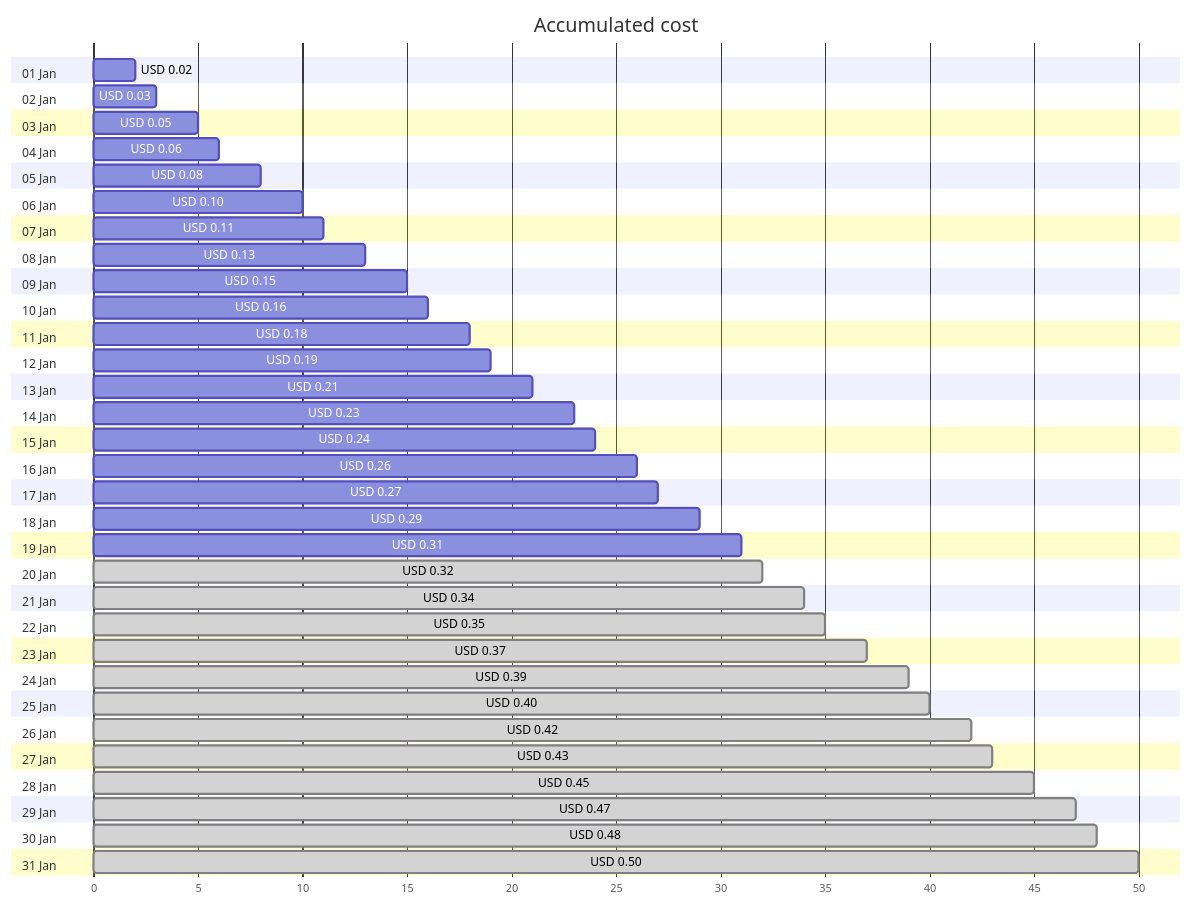
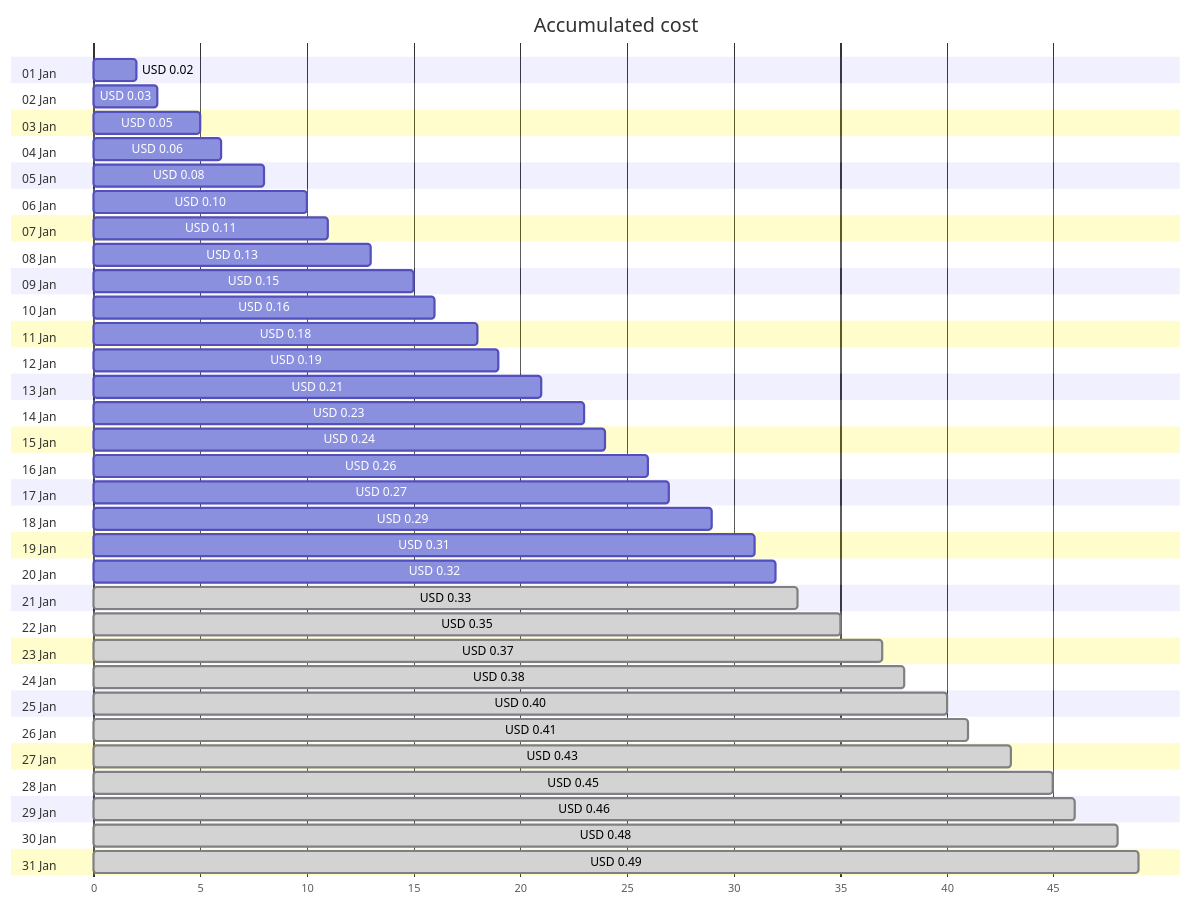
The first of 4 diagrams in cost-reports/personal-network/private.jpatrickfulton.com.md (jpfulton/azure-personal-reports), drawn with Mermaid before and after one commit. The commit also changed other lines of this file and 8 other files, not shown here.

````diff
--- a/cost-reports/personal-network/private.jpatrickfulton.com.md
+++ b/cost-reports/personal-network/private.jpatrickfulton.com.md
@@ -20,68 +20,68 @@
 ```mermaid
 gantt
    title Accumulated cost
    dateFormat  X
    axisFormat %s
    section 01 Jan
    USD 0.02 :0, 2
    section 02 Jan
    USD 0.03 :0, 3
    section 03 Jan
    USD 0.05 :0, 5
    section 04 Jan
    USD 0.06 :0, 6
    section 05 Jan
    USD 0.08 :0, 8
    section 06 Jan
    USD 0.10 :0, 10
    section 07 Jan
    USD 0.11 :0, 11
    section 08 Jan
    USD 0.13 :0, 13
    section 09 Jan
    USD 0.15 :0, 15
    section 10 Jan
    USD 0.16 :0, 16
    section 11 Jan
    USD 0.18 :0, 18
    section 12 Jan
    USD 0.19 :0, 19
    section 13 Jan
    USD 0.21 :0, 21
    section 14 Jan
    USD 0.23 :0, 23
    section 15 Jan
    USD 0.24 :0, 24
    section 16 Jan
    USD 0.26 :0, 26
    section 17 Jan
    USD 0.27 :0, 27
    section 18 Jan
    USD 0.29 :0, 29
    section 19 Jan
    USD 0.31 :0, 31
    section 20 Jan
-   USD 0.32 : done, 0, 32
+   USD 0.32 :0, 32
    section 21 Jan
-   USD 0.34 : done, 0, 34
+   USD 0.33 : done, 0, 33
    section 22 Jan
    USD 0.35 : done, 0, 35
    section 23 Jan
    USD 0.37 : done, 0, 37
    section 24 Jan
-   USD 0.39 : done, 0, 39
+   USD 0.38 : done, 0, 38
    section 25 Jan
    USD 0.40 : done, 0, 40
    section 26 Jan
-   USD 0.42 : done, 0, 42
+   USD 0.41 : done, 0, 41
    section 27 Jan
    USD 0.43 : done, 0, 43
    section 28 Jan
    USD 0.45 : done, 0, 45
    section 29 Jan
-   USD 0.47 : done, 0, 47
+   USD 0.46 : done, 0, 46
    section 30 Jan
    USD 0.48 : done, 0, 48
    section 31 Jan
-   USD 0.50 : done, 0, 50
+   USD 0.49 : done, 0, 49
 ```
````
